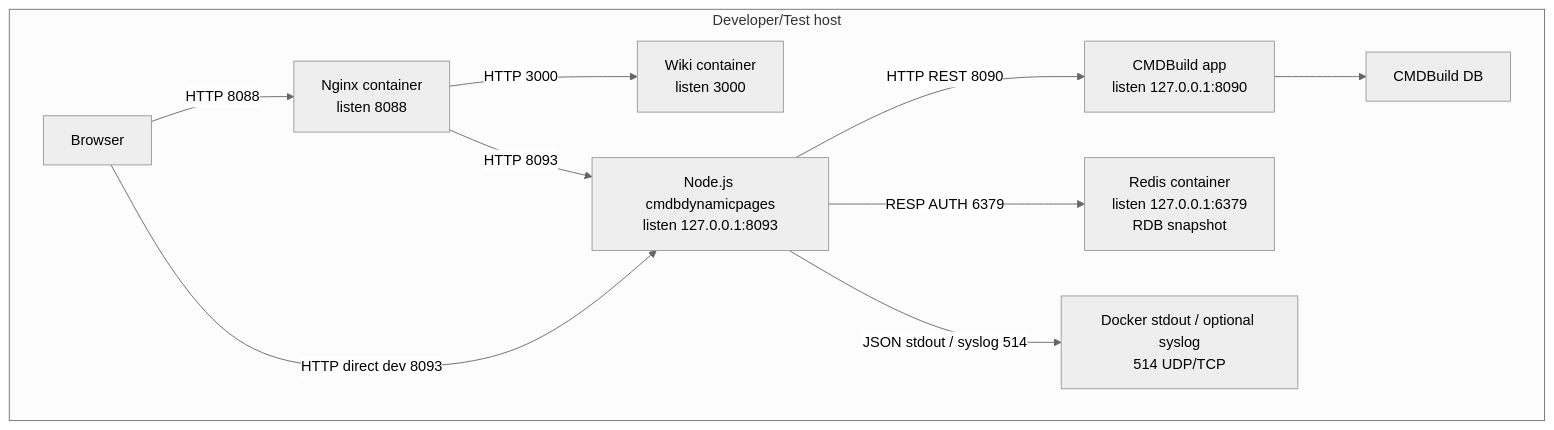
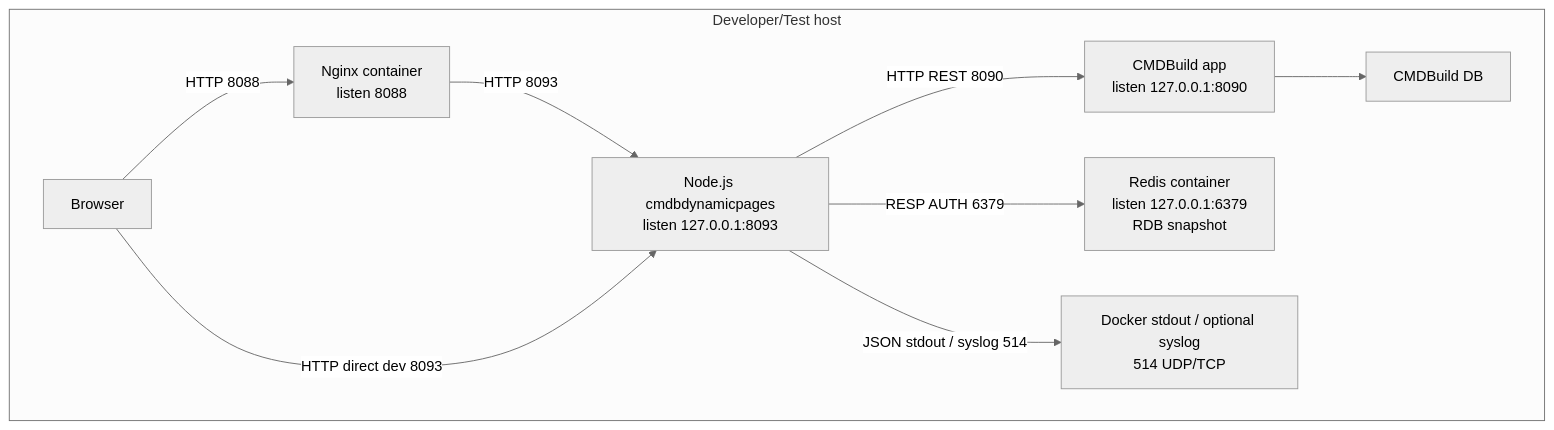
The first of 2 diagrams in aa/deployment.md (igorlyapin-max/cmdbdynamicpages), drawn with Mermaid (neutral theme) before and after one commit. The commit also changed other lines of this file and 43 other files, not shown here.

````diff
--- a/aa/deployment.md
+++ b/aa/deployment.md
@@ -7,22 +7,20 @@
 ```mermaid
 flowchart TB
   subgraph Host["Developer/Test host"]
     Browser[Browser]
     Nginx[Nginx container<br/>listen 8088]
-    Wiki[Wiki container<br/>listen 3000]
     Backend[Node.js cmdbdynamicpages<br/>listen 127.0.0.1:8093]
     Redis[Redis container<br/>listen 127.0.0.1:6379<br/>RDB snapshot]
     CMDBuild[CMDBuild app<br/>listen 127.0.0.1:8090]
     Logs[Docker stdout / optional syslog<br/>514 UDP/TCP]
     CMDBDB[CMDBuild DB]
   end
 
   Browser -->|HTTP 8088| Nginx
-  Nginx -->|HTTP 3000| Wiki
   Nginx -->|HTTP 8093| Backend
   Browser -->|HTTP direct dev 8093| Backend
   Backend -->|HTTP REST 8090| CMDBuild
   Backend -->|RESP AUTH 6379| Redis
   Backend -->|JSON stdout / syslog 514| Logs
   CMDBuild --> CMDBDB
 ```
````
